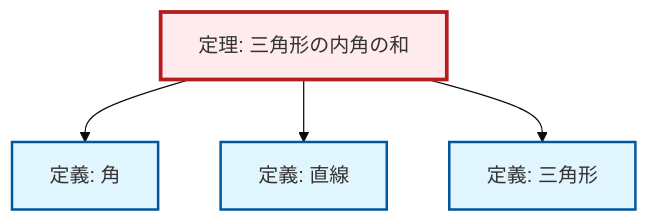
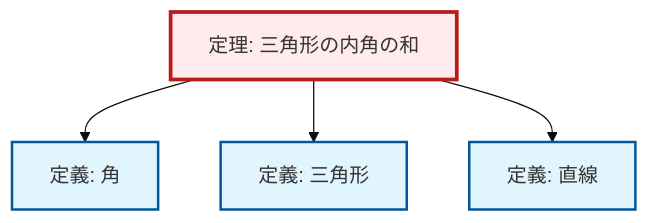
The diagram in output/mermaid/ja/thm-angle-sum-triangle.mermaid (RK0429/ModernMath), drawn with Mermaid (base theme) before and after one commit. The commit also changed other lines of this file and 3102 other files, not shown here.

```diff
--- a/output/mermaid/ja/thm-angle-sum-triangle.mermaid
+++ b/output/mermaid/ja/thm-angle-sum-triangle.mermaid
@@ -1,15 +1,15 @@
 %%| fig-cap: "Local dependency graph"
 graph TD
     classDef definition fill:#e1f5fe,stroke:#01579b,stroke-width:2px
     classDef theorem fill:#f3e5f5,stroke:#4a148c,stroke-width:2px
     classDef axiom fill:#fff3e0,stroke:#e65100,stroke-width:2px
     classDef example fill:#e8f5e9,stroke:#1b5e20,stroke-width:2px
     classDef current fill:#ffebee,stroke:#b71c1c,stroke-width:3px
+    thm-angle-sum-triangle["定理: 三角形の内角の和"]:::theorem
+    def-triangle["定義: 三角形"]:::definition
     def-angle["定義: 角"]:::definition
-    thm-angle-sum-triangle["定理: 三角形の内角の和"]:::theorem
     def-line["定義: 直線"]:::definition
-    def-triangle["定義: 三角形"]:::definition
     thm-angle-sum-triangle --> def-angle
+    thm-angle-sum-triangle --> def-triangle
     thm-angle-sum-triangle --> def-line
-    thm-angle-sum-triangle --> def-triangle
     class thm-angle-sum-triangle current
```
